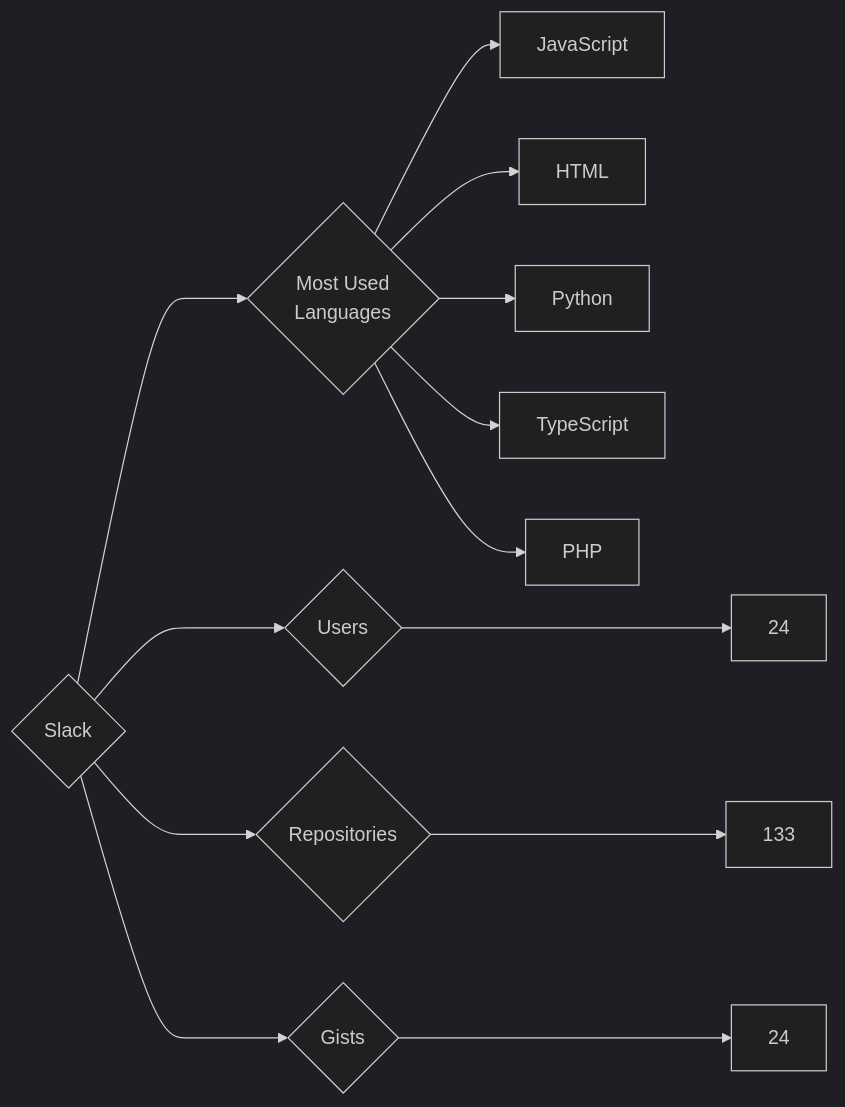
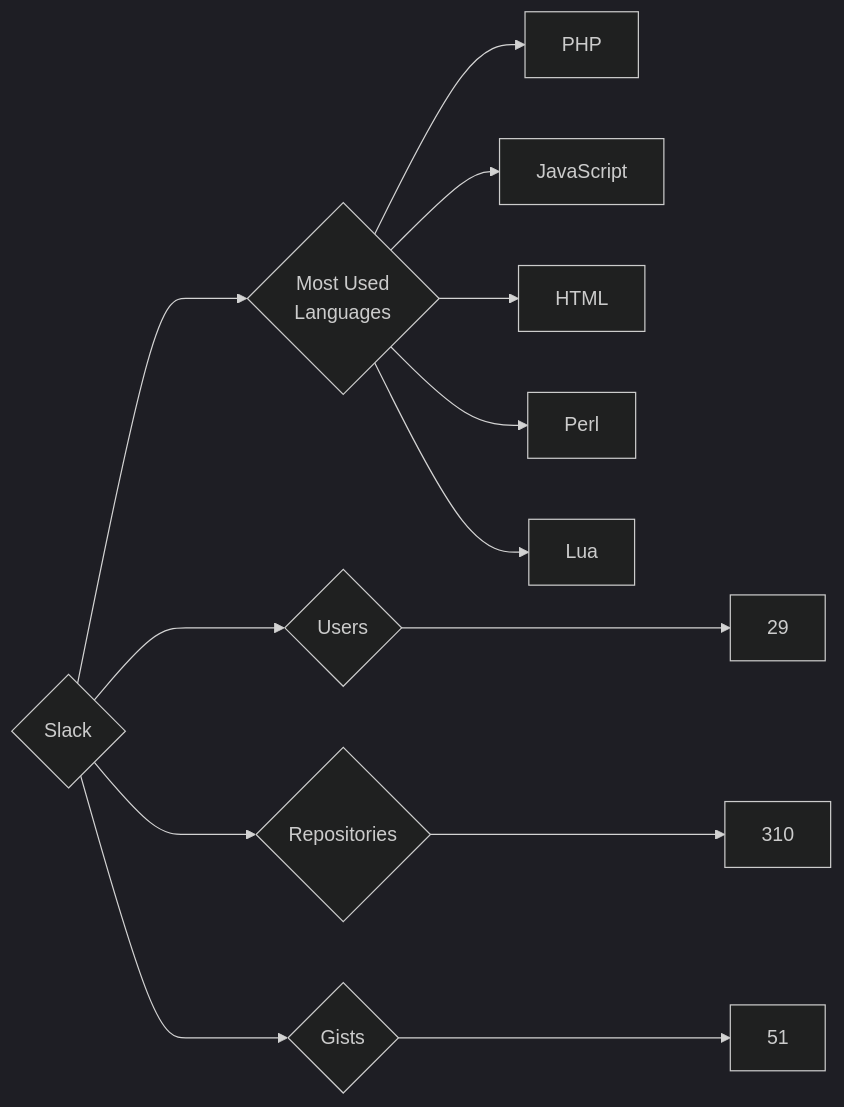
One commit to trickest/insiders changed the diagram in targets/Slack/README.md. Above: the diagram before and after it, drawn with Mermaid (dark theme). The commit also changed 964 other files, not shown here.

````diff
--- a/targets/Slack/README.md
+++ b/targets/Slack/README.md
@@ -3,13 +3,13 @@
 ```mermaid
 graph LR
 COMPANY_NAME{Slack}
-COMPANY_NAME ---> U{Users} ---> UN[24]
-COMPANY_NAME ---> R{Repositories} ---> RN[133]
-COMPANY_NAME ---> G{Gists} ---> GN[24]
+COMPANY_NAME ---> U{Users} ---> UN[29]
+COMPANY_NAME ---> R{Repositories} ---> RN[310]
+COMPANY_NAME ---> G{Gists} ---> GN[51]
 COMPANY_NAME ---> ML{Most Used<br>Languages}
+ML --> PHP[PHP]
 ML --> JavaScript[JavaScript]
 ML --> HTML[HTML]
-ML --> Python[Python]
-ML --> TypeScript[TypeScript]
-ML --> PHP[PHP]
+ML --> Perl[Perl]
+ML --> Lua[Lua]
 ```
````
